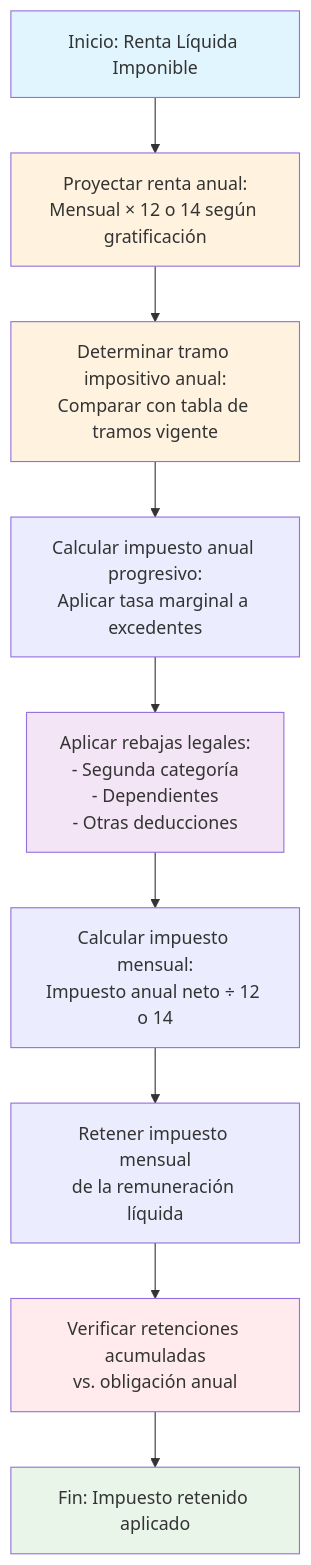
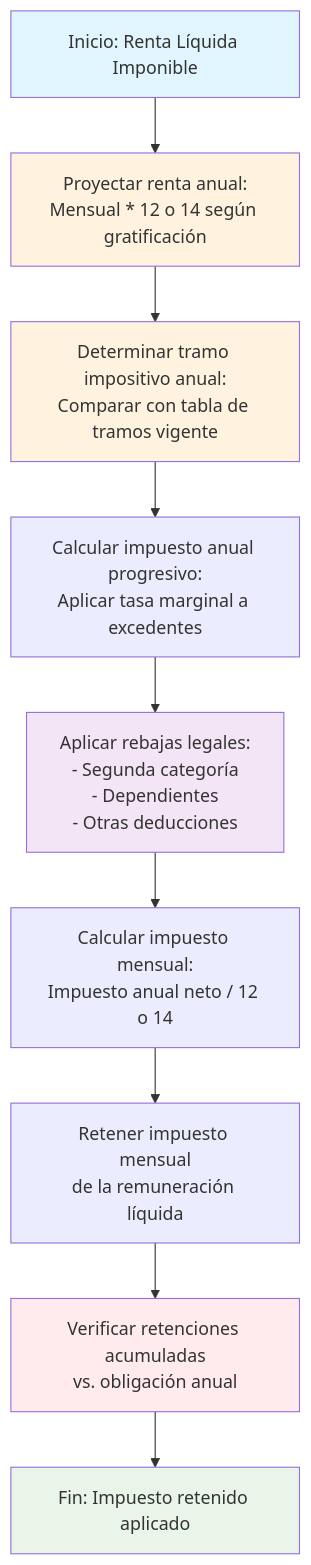
One commit to retrocalc/rem changed the third of 3 diagrams in estudio/03-procedimiento-calculo-remuneraciones.md. Above: the diagram before and after it, drawn with Mermaid. The commit also changed other lines of this file and 1 other file, not shown here.

````diff
--- a/estudio/03-procedimiento-calculo-remuneraciones.md
+++ b/estudio/03-procedimiento-calculo-remuneraciones.md
@@ -396,18 +396,18 @@
 ```mermaid
 flowchart TD
-    Start[Inicio: Renta Líquida Imponible] --> Annualize[Proyectar renta anual:<br/>Mensual × 12 o 14 según gratificación]
-    Annualize --> Determine[Determinar tramo impositivo anual:<br/>Comparar con tabla de tramos vigente]
-    Determine --> Calculate[Calcular impuesto anual progresivo:<br/>Aplicar tasa marginal a excedentes]
-    Calculate --> Rebajas[Aplicar rebajas legales:<br/>- Segunda categoría<br/>- Dependientes<br/>- Otras deducciones]
-    Rebajas --> Monthly[Calcular impuesto mensual:<br/>Impuesto anual neto ÷ 12 o 14]
-    Monthly --> Withhold[Retener impuesto mensual<br/>de la remuneración líquida]
-    Withhold --> Verify[Verificar retenciones acumuladas<br/>vs. obligación anual]
+    Start[Inicio: Renta Líquida Imponible] --> Annualize[Proyectar renta anual:<br>Mensual * 12 o 14 según gratificación]
+    Annualize --> Determine[Determinar tramo impositivo anual:<br>Comparar con tabla de tramos vigente]
+    Determine --> Calculate[Calcular impuesto anual progresivo:<br>Aplicar tasa marginal a excedentes]
+    Calculate --> Rebajas[Aplicar rebajas legales:<br>- Segunda categoría<br>- Dependientes<br>- Otras deducciones]
+    Rebajas --> Monthly[Calcular impuesto mensual:<br>Impuesto anual neto / 12 o 14]
+    Monthly --> Withhold[Retener impuesto mensual<br>de la remuneración líquida]
+    Withhold --> Verify[Verificar retenciones acumuladas<br>vs. obligación anual]
     Verify --> End[Fin: Impuesto retenido aplicado]
 
     style Start fill:#e1f5fe
     style End fill:#e8f5e8
     style Annualize fill:#fff3e0
     style Determine fill:#fff3e0
     style Rebajas fill:#f3e5f5
     style Verify fill:#ffebee
 ```
````
